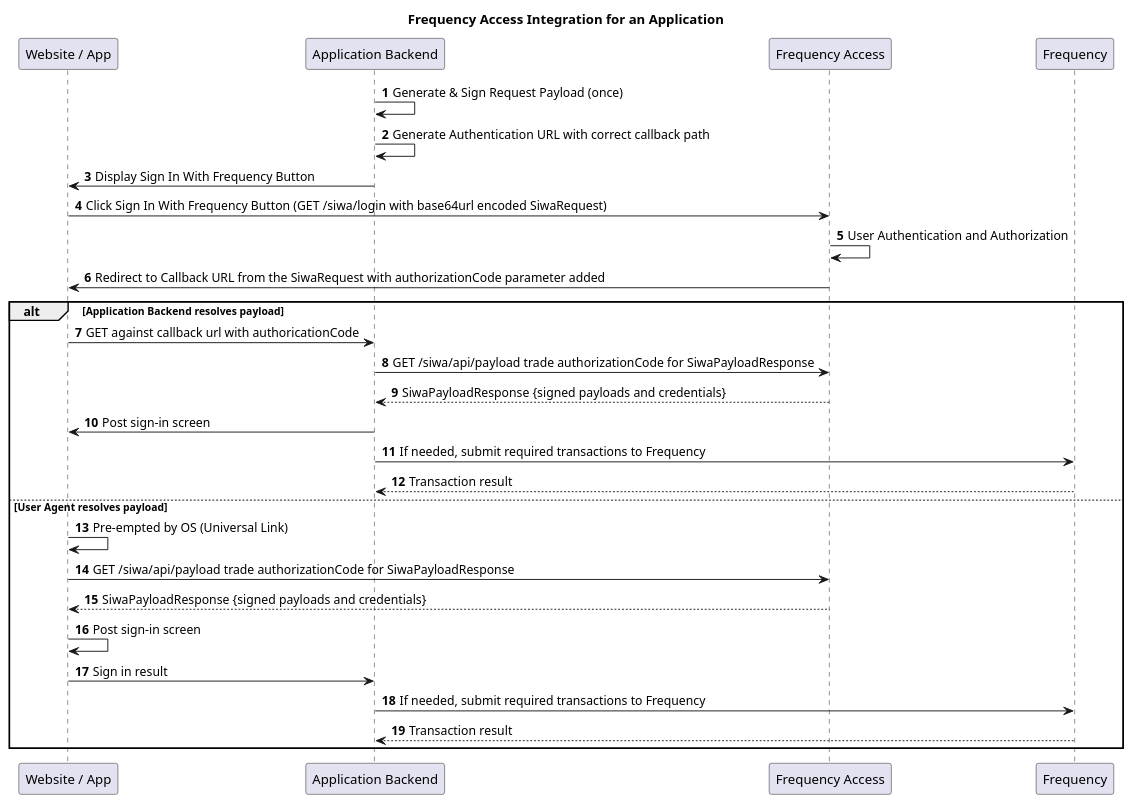
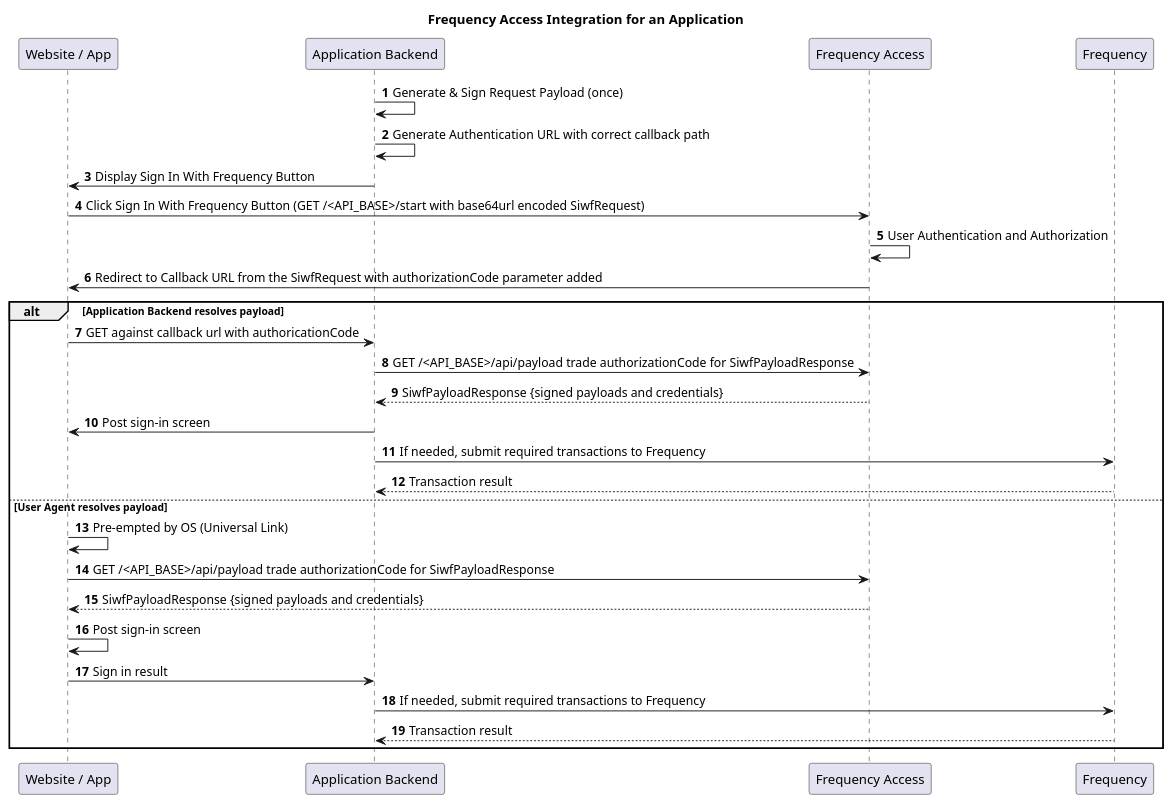
One commit to ProjectLibertyLabs/siwf changed the diagram in docs/src/Actions/flow.puml. Above: the diagram before and after it, drawn with PlantUML. The commit also changed 57 other files, not shown here.

Commit message:
Rename from SIWA to SIWF

```diff
--- a/docs/src/Actions/flow.puml
+++ b/docs/src/Actions/flow.puml
@@ -1,31 +1,31 @@
 @startuml
 title "Frequency Access Integration for an Application"
 participant "Website / App" as ua
 participant "Application Backend" as p
 participant "Frequency Access" as fa
 participant "Frequency" as bc
 
 autonumber
 p->p: Generate & Sign Request Payload (once)
 p->p: Generate Authentication URL with correct callback path
 p->ua: Display Sign In With Frequency Button
-ua->fa: Click Sign In With Frequency Button (GET /siwa/login with base64url encoded SiwaRequest)
+ua->fa: Click Sign In With Frequency Button (GET /<API_BASE>/start with base64url encoded SiwfRequest)
 fa->fa: User Authentication and Authorization
-fa->ua: Redirect to Callback URL from the SiwaRequest with authorizationCode parameter added
+fa->ua: Redirect to Callback URL from the SiwfRequest with authorizationCode parameter added
 alt Application Backend resolves payload
     ua->p: GET against callback url with authoricationCode
-    p->fa: GET /siwa/api/payload trade authorizationCode for SiwaPayloadResponse
-    return SiwaPayloadResponse {signed payloads and credentials}
+    p->fa: GET /<API_BASE>/api/payload trade authorizationCode for SiwfPayloadResponse
+    return SiwfPayloadResponse {signed payloads and credentials}
     p->ua: Post sign-in screen
     p->bc: If needed, submit required transactions to Frequency
     return Transaction result
 else User Agent resolves payload
     ua->ua: Pre-empted by OS (Universal Link)
-    ua->fa: GET /siwa/api/payload trade authorizationCode for SiwaPayloadResponse
-    return SiwaPayloadResponse {signed payloads and credentials}
+    ua->fa: GET /<API_BASE>/api/payload trade authorizationCode for SiwfPayloadResponse
+    return SiwfPayloadResponse {signed payloads and credentials}
     ua->ua: Post sign-in screen
     ua->p: Sign in result
     p->bc: If needed, submit required transactions to Frequency
     return Transaction result
 end
 @enduml
```
